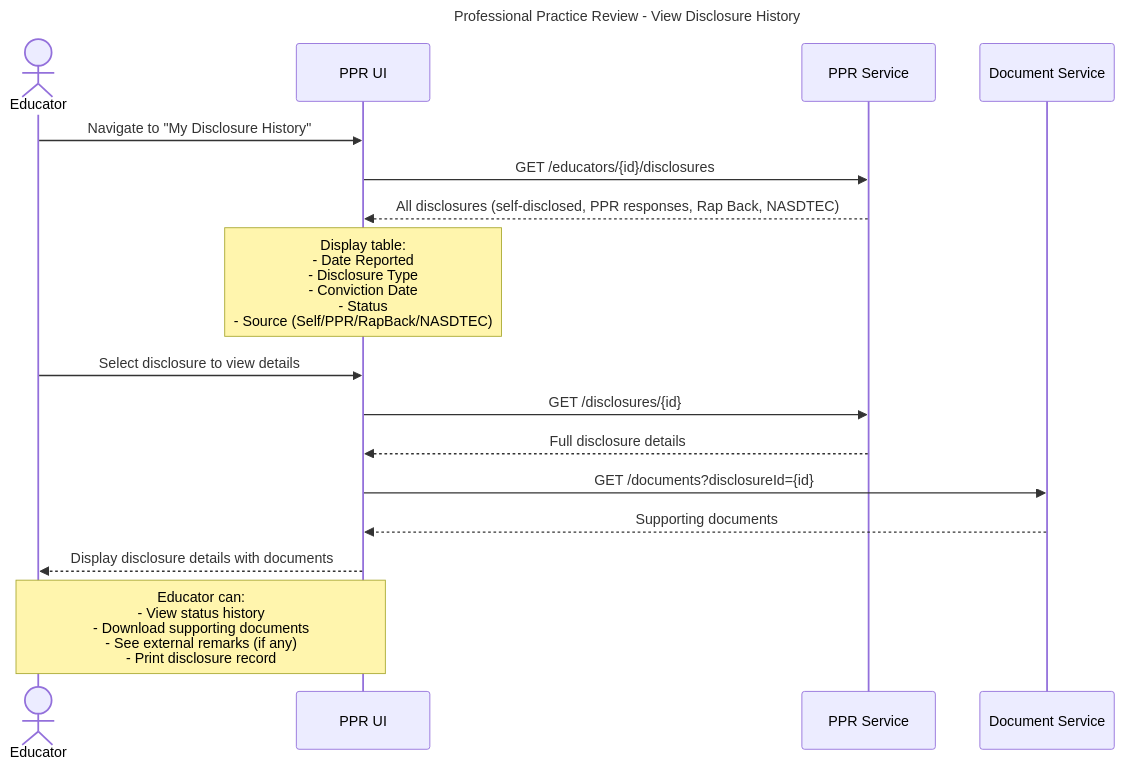
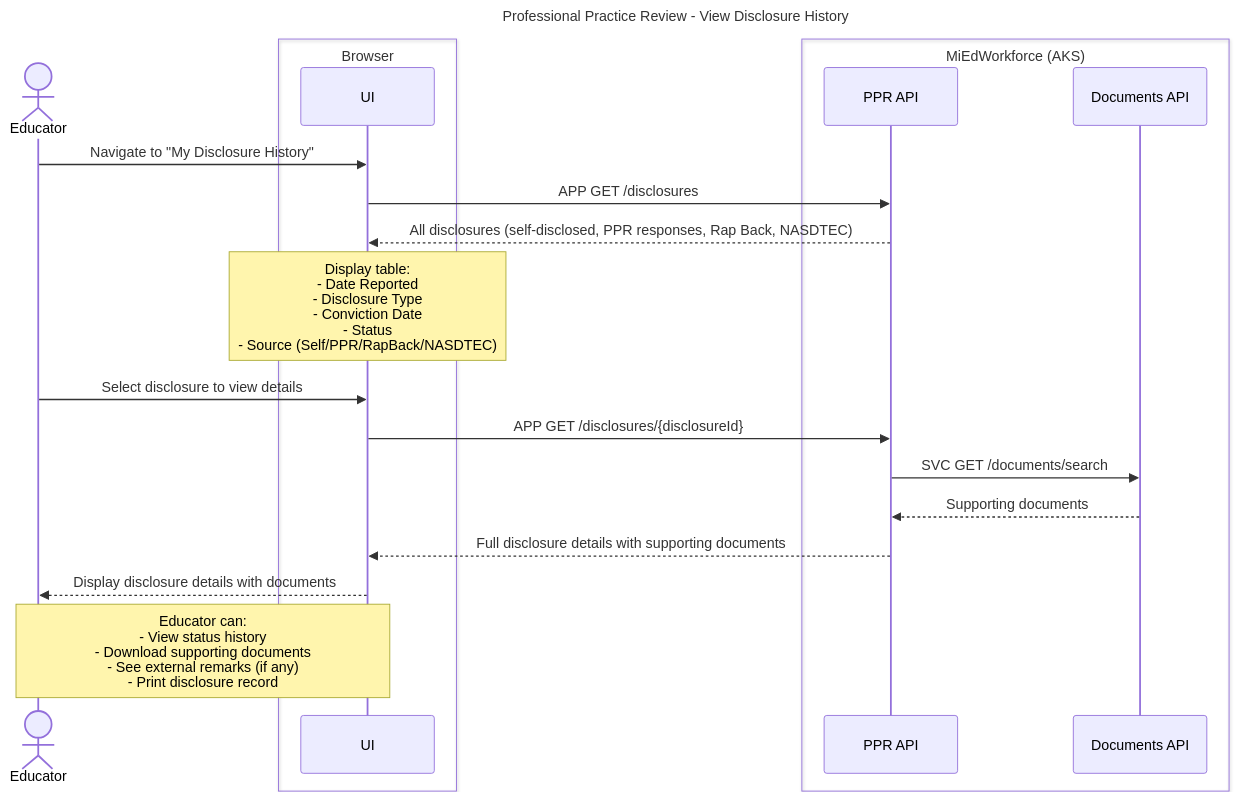
Before and after one commit to mnichols-dl/mied-design: diagram 12 of 15 in working-docs/solution-areas/profpractice/profpractice-sequences.md, drawn with Mermaid. The commit also changed other lines of this file and 34 other files, not shown here.

Commit message:
Update sequences and perform RTM assessment

````diff
--- a/working-docs/solution-areas/profpractice/profpractice-sequences.md
+++ b/working-docs/solution-areas/profpractice/profpractice-sequences.md
@@ -812,27 +788,30 @@
 ```mermaid
 ---
 title: Professional Practice Review - View Disclosure History
 ---
 sequenceDiagram
     actor Educator
-    participant UI as PPR UI
-    participant PPRService as PPR Service
-    participant DocService as Document Service
+    box Browser
+        participant UI as UI
+    end
+    box MiEdWorkforce (AKS)
+        participant PprApi as PPR API
+        participant DocsApi as Documents API
+    end
     
     Educator->>UI: Navigate to "My Disclosure History"
-    UI->>PPRService: GET /educators/{id}/disclosures
-    PPRService-->>UI: All disclosures (self-disclosed, PPR responses, Rap Back, NASDTEC)
+    UI->>PprApi: APP GET /disclosures
+    PprApi-->>UI: All disclosures (self-disclosed, PPR responses, Rap Back, NASDTEC)
     
     Note over UI: Display table:<br/>- Date Reported<br/>- Disclosure Type<br/>- Conviction Date<br/>- Status<br/>- Source (Self/PPR/RapBack/NASDTEC)
     
     Educator->>UI: Select disclosure to view details
-    UI->>PPRService: GET /disclosures/{id}
-    PPRService-->>UI: Full disclosure details
-    
-    UI->>DocService: GET /documents?disclosureId={id}
-    DocService-->>UI: Supporting documents
+    UI->>PprApi: APP GET /disclosures/{disclosureId}
+    PprApi->>DocsApi: SVC GET /documents/search
+    DocsApi-->>PprApi: Supporting documents
+    PprApi-->>UI: Full disclosure details with supporting documents
     
     UI-->>Educator: Display disclosure details with documents
     
     Note over Educator,UI: Educator can:<br/>- View status history<br/>- Download supporting documents<br/>- See external remarks (if any)<br/>- Print disclosure record
 ```
````
